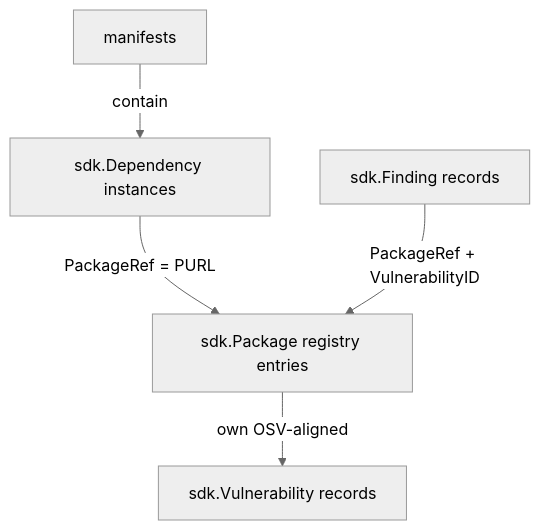
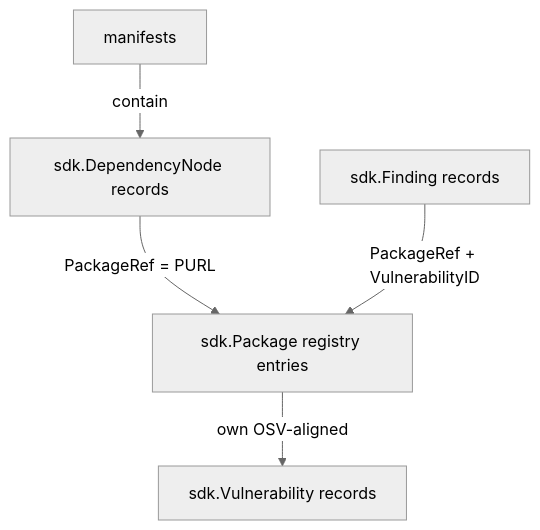
Before and after one commit to bomly-dev/bomly-cli: the first of 2 diagrams in dev-docs/MODELS.md, drawn with Mermaid (neutral theme). The commit also changed other lines of this file and 10 other files, not shown here.

````diff
--- a/dev-docs/MODELS.md
+++ b/dev-docs/MODELS.md
@@ -15,13 +15,13 @@
 ```mermaid
 flowchart TD
     M[manifests]
-    D[sdk.Dependency instances]
+    D[sdk.DependencyNode records]
     P[sdk.Package registry entries]
     V[sdk.Vulnerability records]
     F[sdk.Finding records]
 
     M -->|contain| D
     D -->|PackageRef = PURL| P
     P -->|own OSV-aligned| V
     F -->|PackageRef + VulnerabilityID| P
 ```
````
